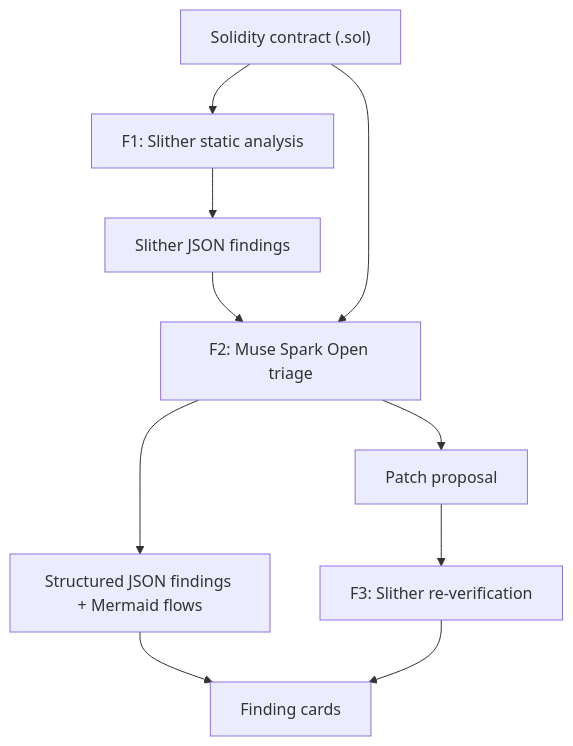
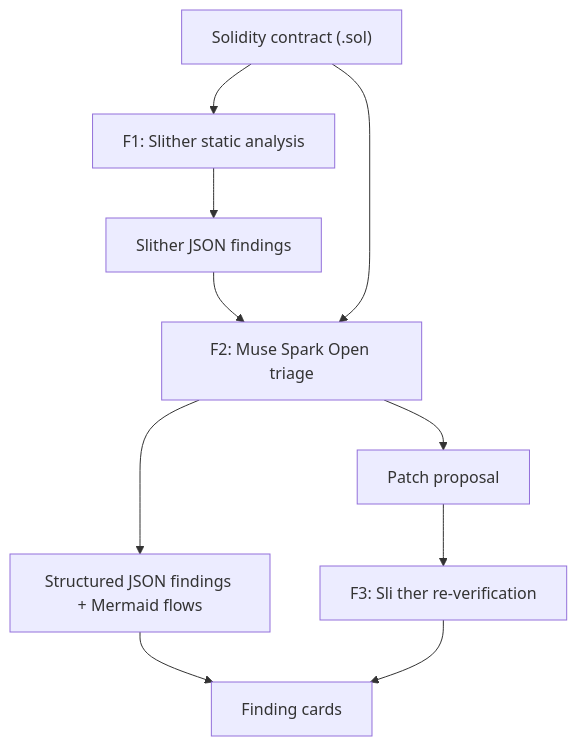
One commit to chokri29/SentryVision changed the diagram in README.md. Above: the diagram before and after it, drawn with Mermaid. The commit also changed other lines of this file, not shown here.

Commit message:
fix: typo Slither in README problem section

````diff
--- a/README.md
+++ b/README.md
@@ -48,12 +48,12 @@
 ```mermaid
 flowchart TD
     A["Solidity contract (.sol)"] --> B["F1: Slither static analysis"]
     B --> C["Slither JSON findings"]
     C --> D["F2: Muse Spark Open triage"]
     A --> D
     D --> E["Structured JSON findings + Mermaid flows"]
     E --> G["Finding cards"]
     D --> H["Patch proposal"]
-    H --> I["F3: Slither re-verification"]
+    H --> I["F3: Sli ther re-verification"]
     I --> G
 ```
````
